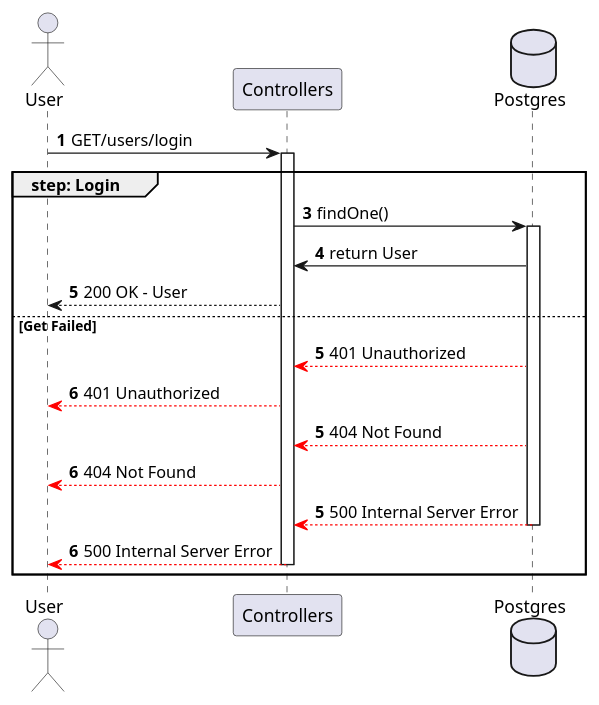
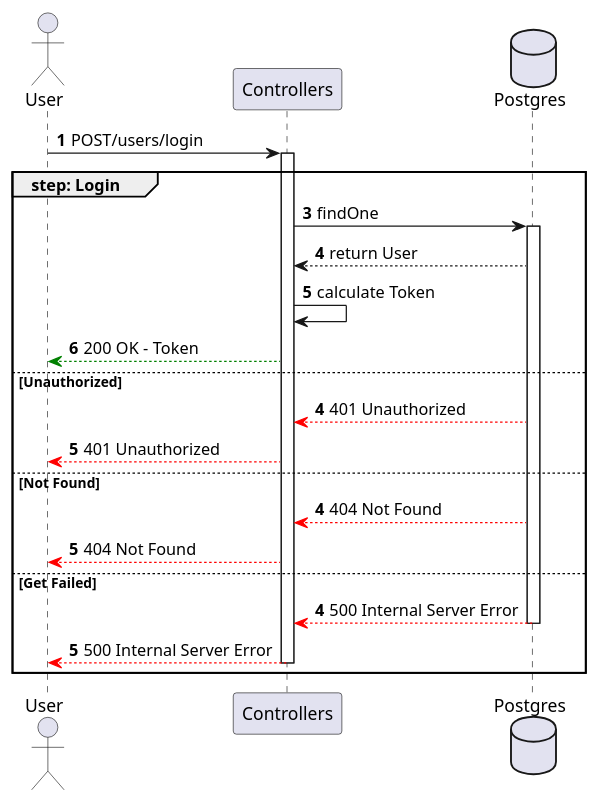
The diagram in sequence_diagrams/Login.puml (ShadowWalker1411/ProgrammazioneAvanzataREPO), drawn with PlantUML before and after one commit. The commit also changed 10 other files, not shown here.

```diff
--- a/sequence_diagrams/Login.puml
+++ b/sequence_diagrams/Login.puml
@@ -1,26 +1,29 @@
 @startuml login
 
 actor User
 participant Controllers
 database Postgres
 
 autonumber
-User -> Controllers ++: GET/users/login
+User -> Controllers ++: POST/users/login
 group step: Login
     autonumber 3
-    Controllers -> Postgres ++: findOne()
-    Postgres -> Controllers: return User
-    Controllers --> User : 200 OK - User
-else Get Failed
-    autonumber 5
+    Controllers -> Postgres ++: findOne
+    Postgres --> Controllers: return User
+    Controllers -> Controllers : calculate Token
+    Controllers --[#green]> User : 200 OK - Token
+else Unauthorized
+    autonumber 4
     Postgres --[#red]> Controllers: 401 Unauthorized
     Controllers --[#red]> User : 401 Unauthorized
-    autonumber 5
+else Not Found
+    autonumber 4
     Postgres --[#red]> Controllers : 404 Not Found
     Controllers --[#red]> User : 404 Not Found
-    autonumber 5
+else Get Failed
+    autonumber 4
     Postgres --[#red]> Controllers --: 500 Internal Server Error
     Controllers --[#red]> User --: 500 Internal Server Error
 end
 
 @enduml
```
